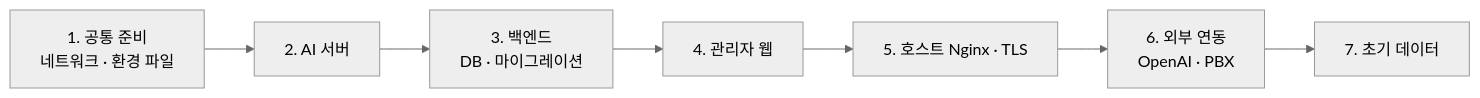
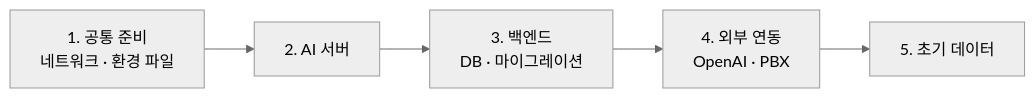
Before and after one commit to 42JH/DVA: the fourth of 4 diagrams in ai/HANDOVER.md, drawn with Mermaid (neutral theme). The commit also changed other lines of this file and 1 other file, not shown here.

First line of the commit message:
docs(ai): 인계 문서에서 관리자 웹과 호스트 Nginx 절차 제거

````diff
--- a/ai/HANDOVER.md
+++ b/ai/HANDOVER.md
@@ -211,9 +211,7 @@
 ```mermaid
 flowchart LR
   a[1. 공통 준비<br/>네트워크 · 환경 파일] --> b[2. AI 서버]
   b --> c[3. 백엔드<br/>DB · 마이그레이션]
-  c --> d[4. 관리자 웹]
-  d --> e[5. 호스트 Nginx · TLS]
-  e --> f[6. 외부 연동<br/>OpenAI · PBX]
-  f --> g[7. 초기 데이터]
+  c --> d[4. 외부 연동<br/>OpenAI · PBX]
+  d --> e[5. 초기 데이터]
 ```
````
